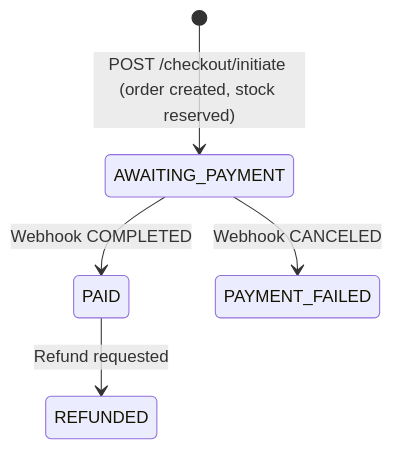
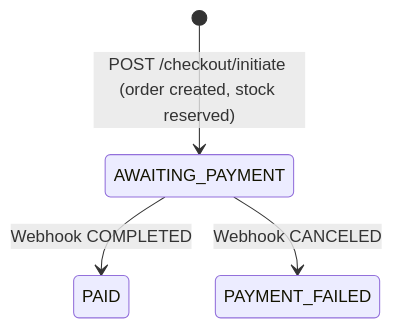
Before and after one commit to HARrrrisoon39/Unzer-Task-Code: the fifth of 7 diagrams in architecture.md, drawn with Mermaid. The commit also changed other lines of this file, not shown here.

````diff
--- a/architecture.md
+++ b/architecture.md
@@ -207,7 +207,6 @@
 ```mermaid
 stateDiagram-v2
   [*] --> AWAITING_PAYMENT : POST /checkout/initiate (order created, stock reserved)
   AWAITING_PAYMENT --> PAID : Webhook COMPLETED
   AWAITING_PAYMENT --> PAYMENT_FAILED : Webhook CANCELED
-  PAID --> REFUNDED : Refund requested
 ```
````
